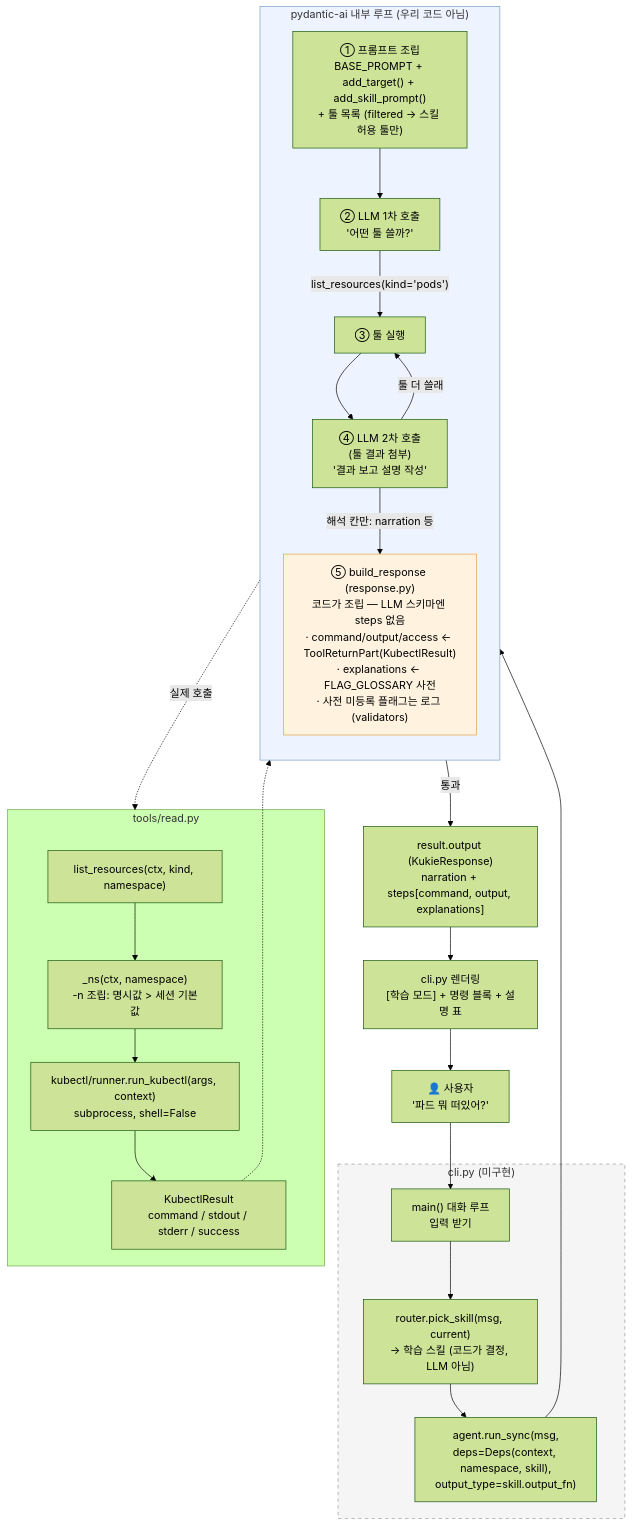
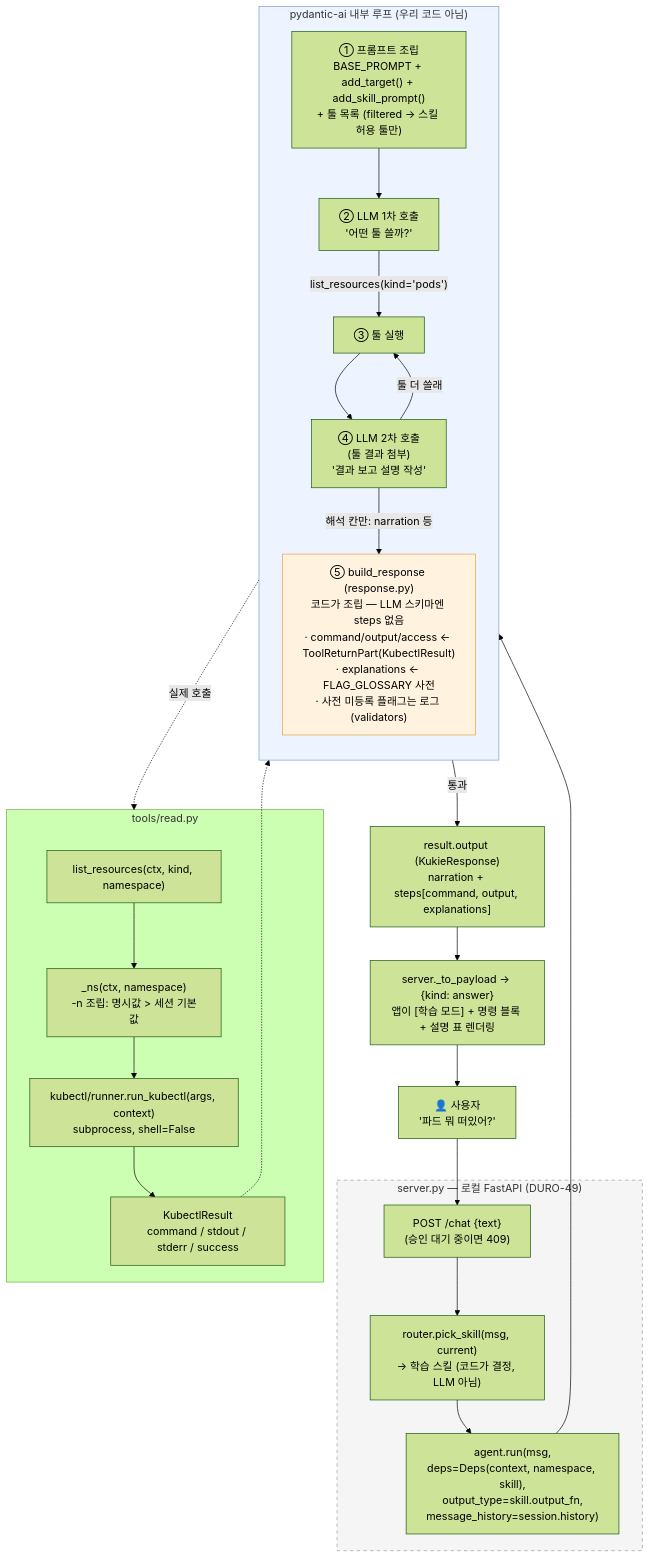
The first of 3 diagrams in docs/agent-flow.md (durokukie/agent), drawn with Mermaid (forest theme) before and after one commit. The commit also changed other lines of this file and 5 other files, not shown here.

````diff
--- a/docs/agent-flow.md
+++ b/docs/agent-flow.md
@@ -8,40 +8,40 @@
 ```mermaid
 flowchart TD
     U["👤 사용자<br/>'파드 뭐 떠있어?'"] --> CLI
 
-    subgraph CLI_["cli.py (미구현)"]
-        CLI["main() 대화 루프<br/>입력 받기"]
+    subgraph CLI_["server.py — 로컬 FastAPI (DURO-49)"]
+        CLI["POST /chat {text}<br/>(승인 대기 중이면 409)"]
         CLI --> R["router.pick_skill(msg, current)<br/>→ 학습 스킬 (코드가 결정, LLM 아님)"]
-        R --> RUN["agent.run_sync(msg,<br/>deps=Deps(context, namespace, skill),<br/>output_type=skill.output_fn)"]
+        R --> RUN["agent.run(msg,<br/>deps=Deps(context, namespace, skill),<br/>output_type=skill.output_fn,<br/>message_history=session.history)"]
     end
 
     RUN --> PA
 
     subgraph PA["pydantic-ai 내부 루프 (우리 코드 아님)"]
         direction TB
         P1["① 프롬프트 조립<br/>BASE_PROMPT + add_target() + add_skill_prompt()<br/>+ 툴 목록 (filtered → 스킬 허용 툴만)"]
         P1 --> L1["② LLM 1차 호출<br/>'어떤 툴 쓸까?'"]
         L1 -->|"list_resources(kind='pods')"| T
         T["③ 툴 실행"] --> L2["④ LLM 2차 호출<br/>(툴 결과 첨부)<br/>'결과 보고 설명 작성'"]
         L2 -->|"툴 더 쓸래"| T
         L2 -->|"해석 칸만: narration 등"| V["⑤ build_response (response.py)<br/>코드가 조립 — LLM 스키마엔 steps 없음<br/>· command/output/access ← ToolReturnPart(KubectlResult)<br/>· explanations ← FLAG_GLOSSARY 사전<br/>· 사전 미등록 플래그는 로그 (validators)"]
     end
 
     T -.->|"실제 호출"| RT
 
     subgraph RT["tools/read.py"]
         RT1["list_resources(ctx, kind, namespace)"]
         RT1 --> NS["_ns(ctx, namespace)<br/>-n 조립: 명시값 > 세션 기본값"]
         NS --> RK["kubectl/runner.run_kubectl(args, context)<br/>subprocess, shell=False"]
         RK --> KR["KubectlResult<br/>command / stdout / stderr / success"]
     end
 
     KR -.-> T
     V -->|"통과"| OUT["result.output (KukieResponse)<br/>narration + steps[command, output, explanations]"]
-    OUT --> CLI2["cli.py 렌더링<br/>[학습 모드] + 명령 블록 + 설명 표"]
+    OUT --> CLI2["server._to_payload → {kind: answer}<br/>앱이 [학습 모드] + 명령 블록 + 설명 표 렌더링"]
     CLI2 --> U
 
     style CLI_ fill:#f5f5f5,stroke:#999,stroke-dasharray: 5 5
     style PA fill:#eef4ff,stroke:#7a9cc6
     style V fill:#fff3e0,stroke:#e0a040
 ```
````
